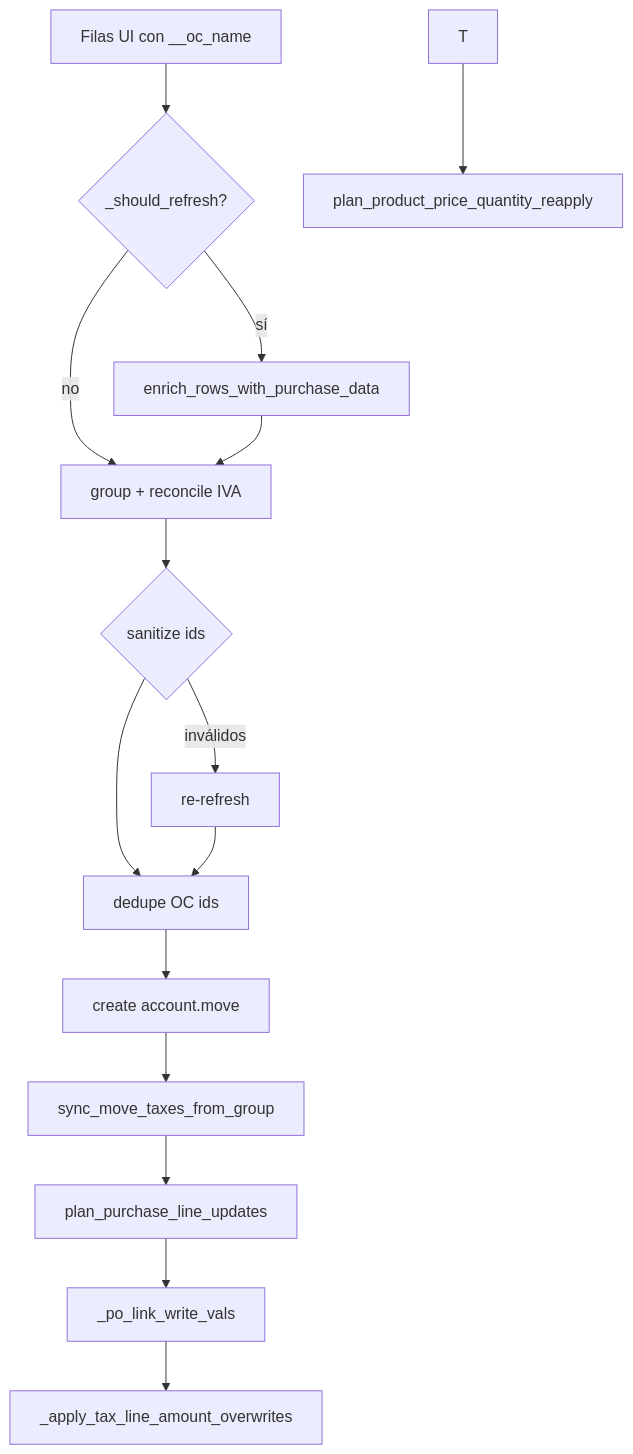
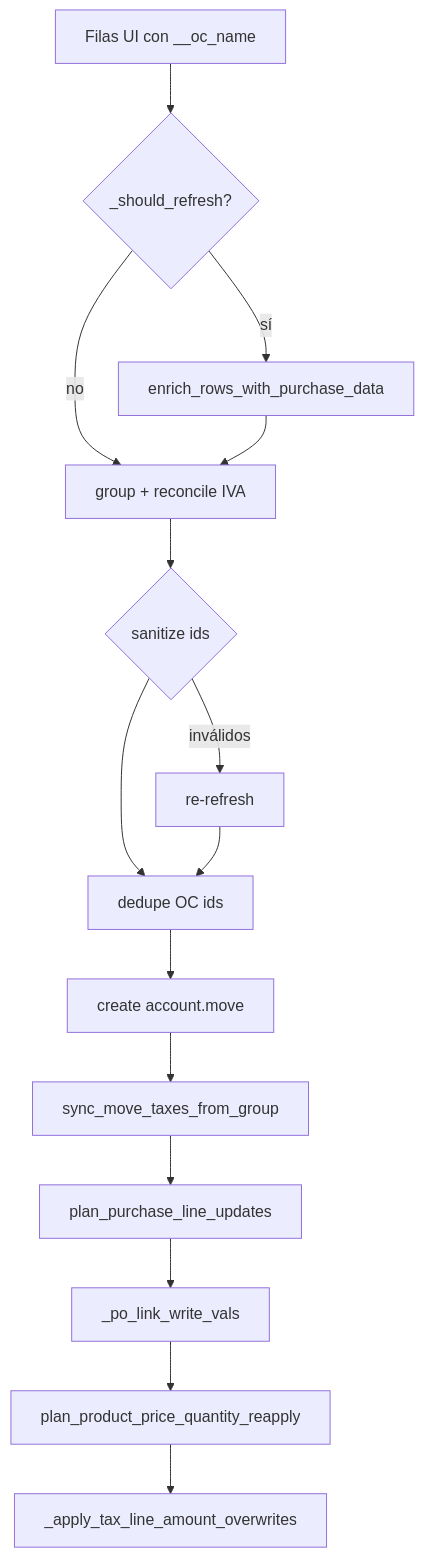
Before and after one commit to LezanaMauricioSebastian/facturias_matching: the diagram in docs/import-odoo/purchase-oc.md, drawn with Mermaid. The commit also changed other lines of this file and 16 other files, not shown here.

````diff
--- a/docs/import-odoo/purchase-oc.md
+++ b/docs/import-odoo/purchase-oc.md
@@ -142,17 +173,17 @@
 ```mermaid
 flowchart TD
   R[Filas UI con __oc_name] --> Q{_should_refresh?}
   Q -->|sí| E[enrich_rows_with_purchase_data]
   Q -->|no| G[group + reconcile IVA]
   E --> G
   G --> S{sanitize ids}
   S -->|inválidos| E2[re-refresh]
   S --> D[dedupe OC ids]
   E2 --> D
   D --> C[create account.move]
   C --> SYNC[sync_move_taxes_from_group]
   SYNC --> PO[plan_purchase_line_updates]
   PO --> W[_po_link_write_vals]
-  W --> TAX[_apply_tax_line_amount_overwrites]
-  T --> RQ[plan_product_price_quantity_reapply]
+  W --> RQ[plan_product_price_quantity_reapply]
+  RQ --> TAX[_apply_tax_line_amount_overwrites]
 ```
````
